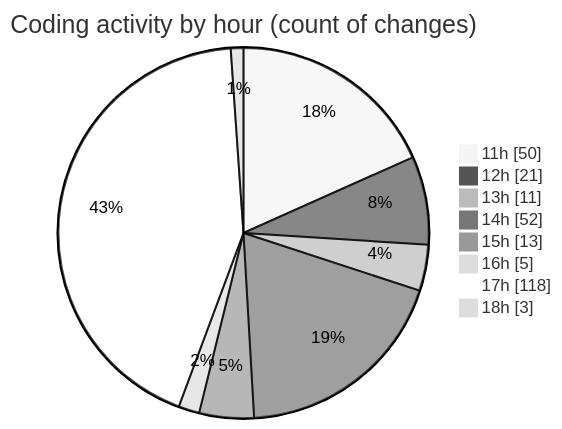
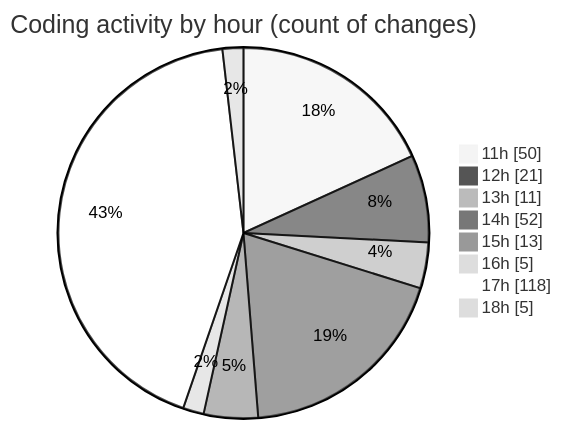
The second of 2 diagrams in 2026-02-06/singularitybrainai/README.md (tmsrecording-cyber/code-tracking), drawn with Mermaid (neutral theme) before and after one commit. The commit also changed other lines of this file and 1 other file, not shown here.

````diff
--- a/2026-02-06/singularitybrainai/README.md
+++ b/2026-02-06/singularitybrainai/README.md
@@ -43,12 +43,12 @@
 ```mermaid
 pie showData
 title Coding activity by hour (count of changes)
 "11h" : 50
 "12h" : 21
 "13h" : 11
 "14h" : 52
 "15h" : 13
 "16h" : 5
 "17h" : 118
-"18h" : 3
+"18h" : 5
 ```
````
